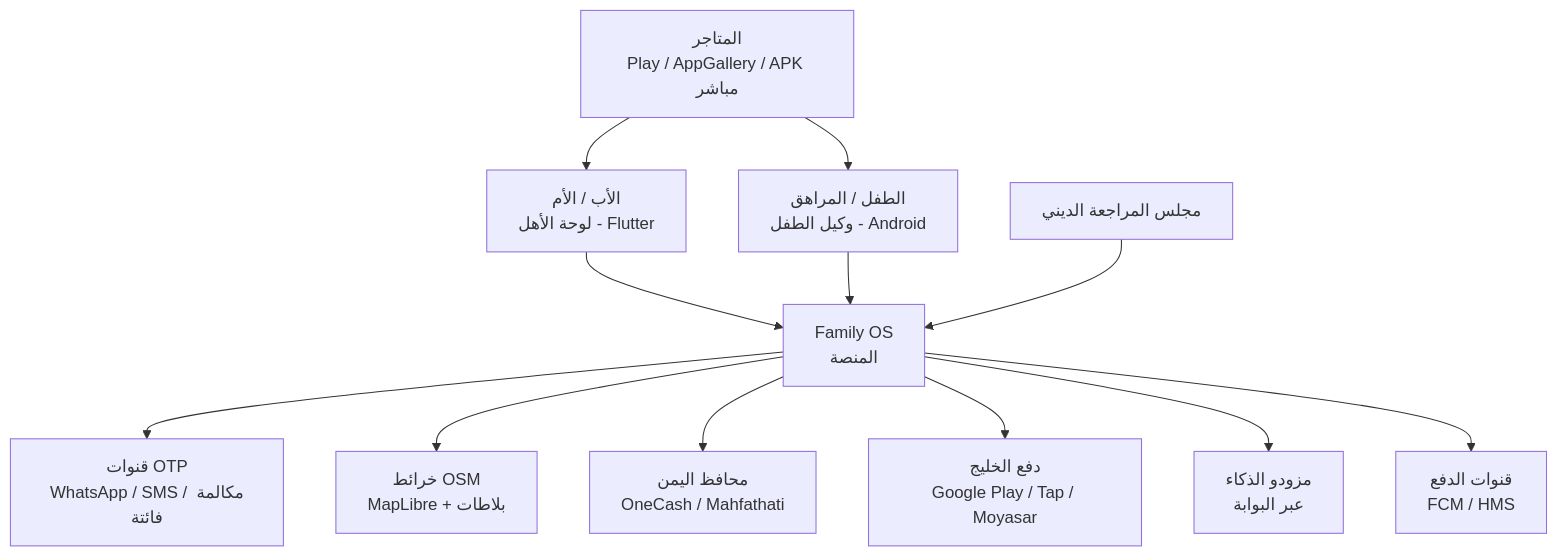
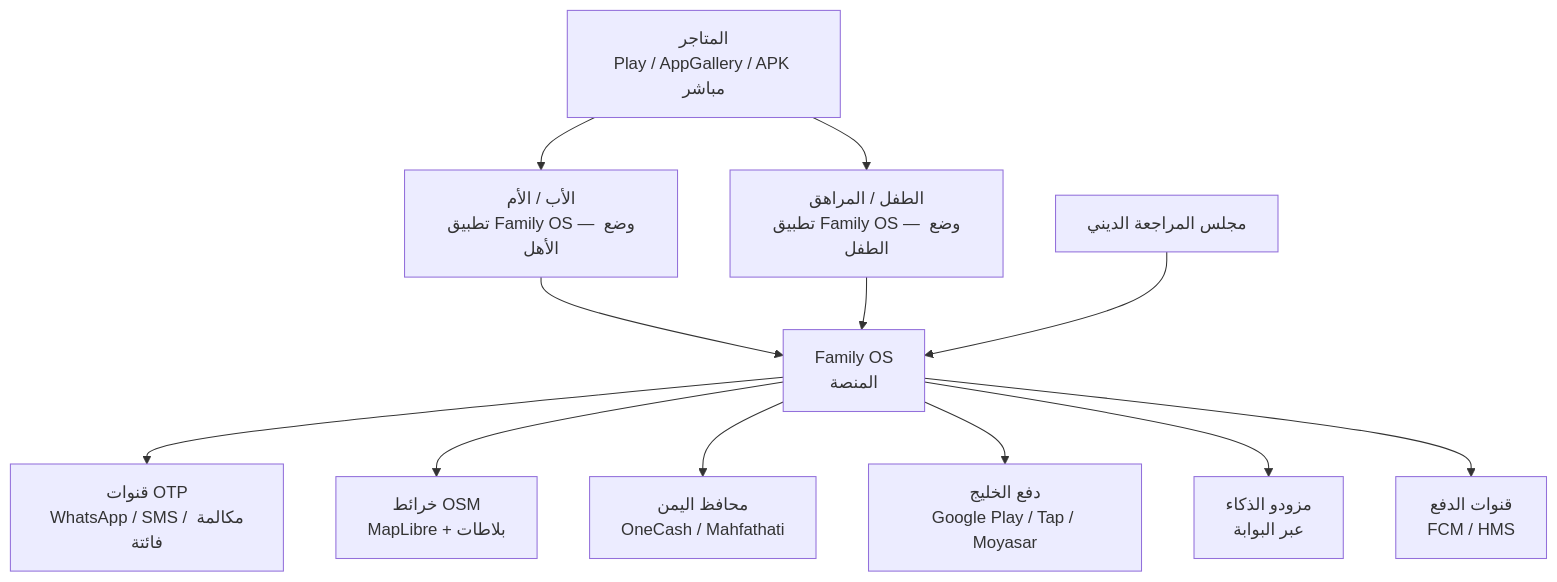
The first of 9 diagrams in docs/family-os/governance/architecture/ARCHITECTURE.md (Bassam-mohammed-alqaeadi/family-os-v2), drawn with Mermaid before and after one commit. The commit also changed other lines of this file and 4 other files, not shown here.

Commit message:
Governance v2 batch 8: S1-01 app shell & platform — first fresh system spec fully approved (card + 7-section spec + RE appendix); decisions Q-062..Q-068, Q-070; open question Q-069; architecture conformed to dual-mode (Q-062/Q-068) + i18n (Q-070)

````diff
--- a/docs/family-os/governance/architecture/ARCHITECTURE.md
+++ b/docs/family-os/governance/architecture/ARCHITECTURE.md
@@ -49,25 +49,25 @@
 ```mermaid
 graph TD
-    PARENT[الأب / الأم<br/>لوحة الأهل - Flutter]
-    CHILD[الطفل / المراهق<br/>وكيل الطفل - Android]
+    PARENT[الأب / الأم<br/>تطبيق Family OS — وضع الأهل]
+    CHILD[الطفل / المراهق<br/>تطبيق Family OS — وضع الطفل]
     BOARD[مجلس المراجعة الديني]
     FOS[Family OS<br/>المنصة]
     OTP[قنوات OTP<br/>WhatsApp / SMS / مكالمة فائتة]
     MAP[خرائط OSM<br/>MapLibre + بلاطات]
     PAYY[محافظ اليمن<br/>OneCash / Mahfathati]
     PAYG[دفع الخليج<br/>Google Play / Tap / Moyasar]
     AI[مزودو الذكاء<br/>عبر البوابة]
     PUSH[قنوات الدفع<br/>FCM / HMS]
     STORE[المتاجر<br/>Play / AppGallery / APK مباشر]
     PARENT --> FOS
     CHILD --> FOS
     BOARD --> FOS
     FOS --> OTP
     FOS --> MAP
     FOS --> PAYY
     FOS --> PAYG
     FOS --> AI
     FOS --> PUSH
     STORE --> PARENT
     STORE --> CHILD
 ```
````
